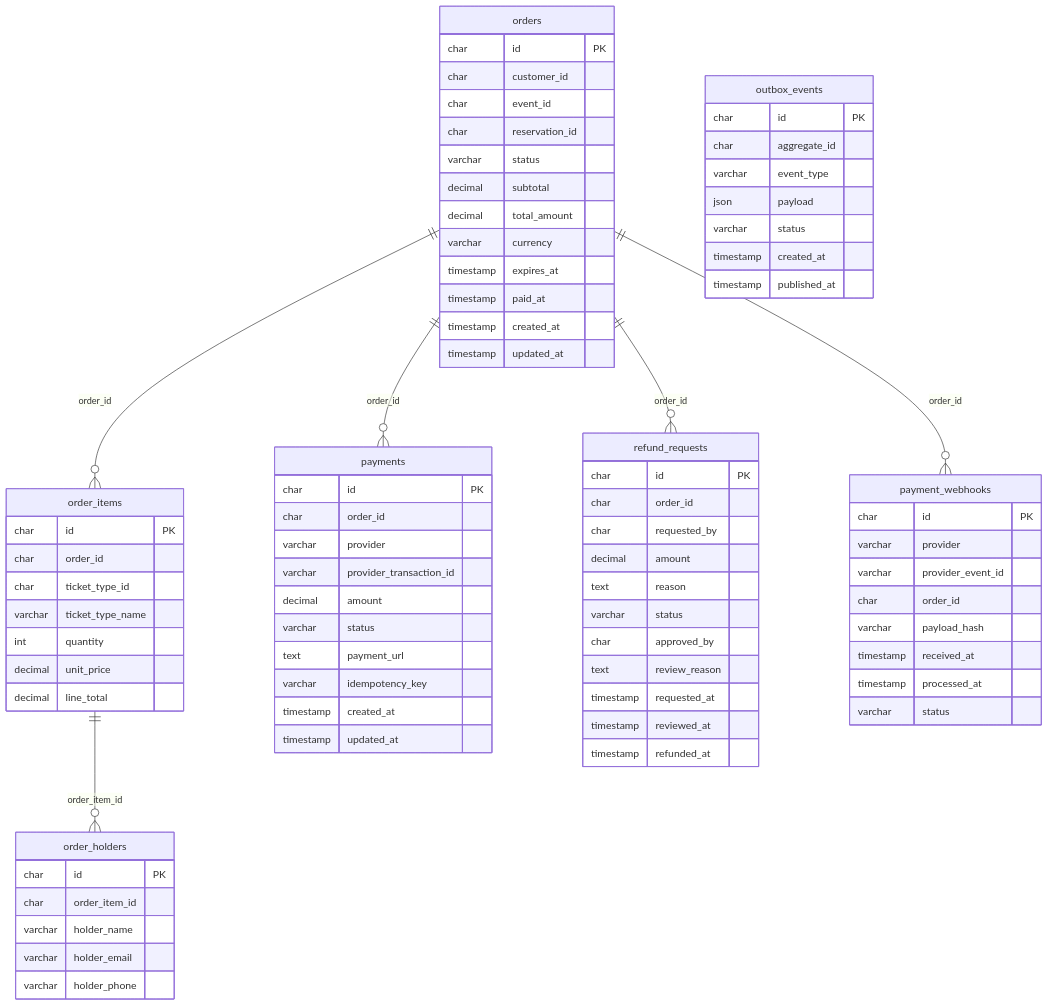
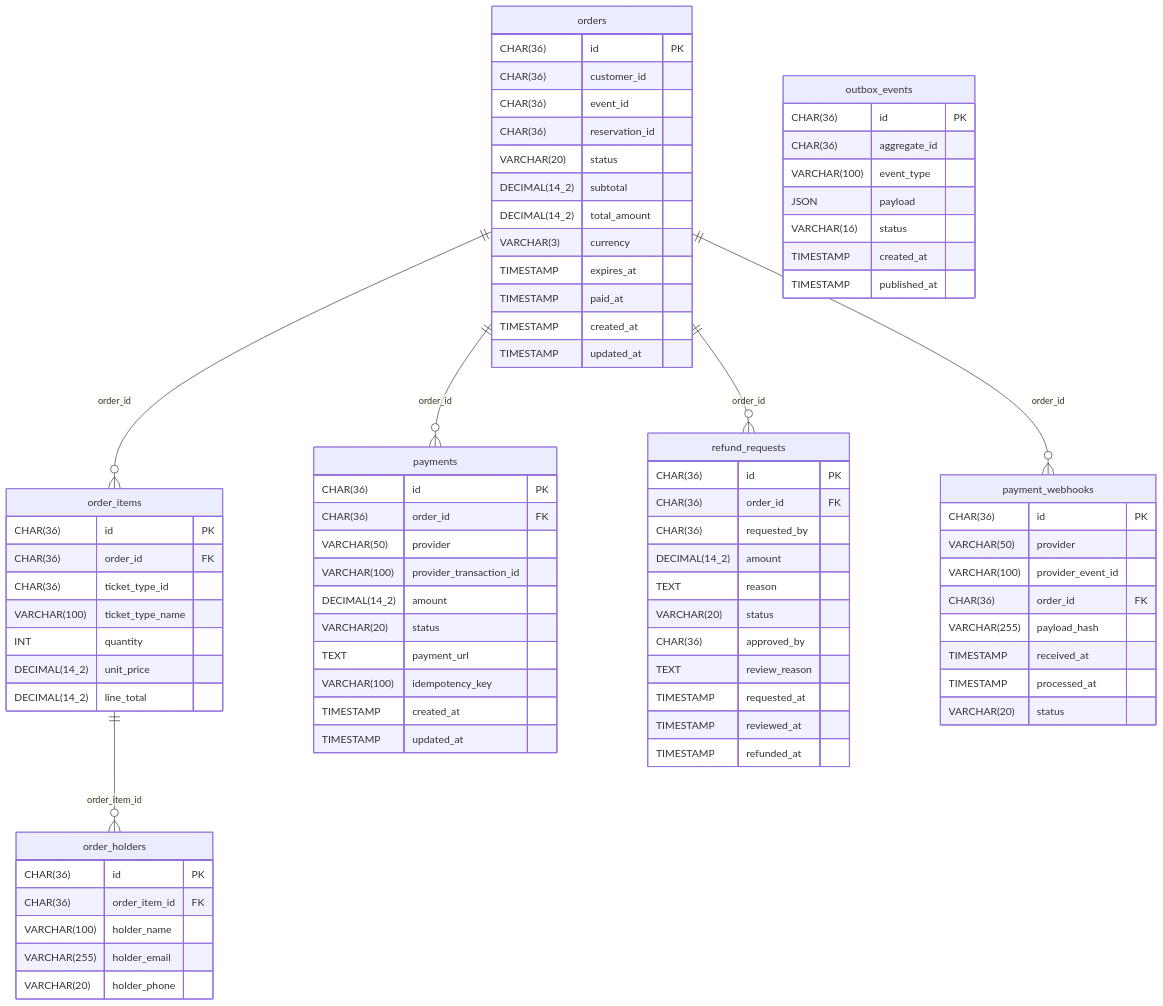
The diagram in docs/database/order-service/erd.md (duymk123/EventHub), drawn with Mermaid before and after one commit. The commit also changed other lines of this file and 28 other files, not shown here.

````diff
--- a/docs/database/order-service/erd.md
+++ b/docs/database/order-service/erd.md
@@ -5,82 +9,82 @@
 ```mermaid
 erDiagram
   orders ||--o{ order_items : order_id
   order_items ||--o{ order_holders : order_item_id
   orders ||--o{ payments : order_id
   orders ||--o{ refund_requests : order_id
   orders ||--o{ payment_webhooks : order_id
   orders {
-    char id PK
-    char customer_id
-    char event_id
-    char reservation_id
-    varchar status
-    decimal subtotal
-    decimal total_amount
-    varchar currency
-    timestamp expires_at
-    timestamp paid_at
-    timestamp created_at
-    timestamp updated_at
+    CHAR(36) id PK
+    CHAR(36) customer_id
+    CHAR(36) event_id
+    CHAR(36) reservation_id
+    VARCHAR(20) status
+    DECIMAL(14_2) subtotal
+    DECIMAL(14_2) total_amount
+    VARCHAR(3) currency
+    TIMESTAMP expires_at
+    TIMESTAMP paid_at
+    TIMESTAMP created_at
+    TIMESTAMP updated_at
   }
   order_items {
-    char id PK
-    char order_id
-    char ticket_type_id
-    varchar ticket_type_name
-    int quantity
-    decimal unit_price
-    decimal line_total
+    CHAR(36) id PK
+    CHAR(36) order_id FK
+    CHAR(36) ticket_type_id
+    VARCHAR(100) ticket_type_name
+    INT quantity
+    DECIMAL(14_2) unit_price
+    DECIMAL(14_2) line_total
   }
   order_holders {
-    char id PK
-    char order_item_id
-    varchar holder_name
-    varchar holder_email
-    varchar holder_phone
+    CHAR(36) id PK
+    CHAR(36) order_item_id FK
+    VARCHAR(100) holder_name
+    VARCHAR(255) holder_email
+    VARCHAR(20) holder_phone
   }
   payments {
-    char id PK
-    char order_id
-    varchar provider
-    varchar provider_transaction_id
-    decimal amount
-    varchar status
-    text payment_url
-    varchar idempotency_key
-    timestamp created_at
-    timestamp updated_at
+    CHAR(36) id PK
+    CHAR(36) order_id FK
+    VARCHAR(50) provider
+    VARCHAR(100) provider_transaction_id
+    DECIMAL(14_2) amount
+    VARCHAR(20) status
+    TEXT payment_url
+    VARCHAR(100) idempotency_key
+    TIMESTAMP created_at
+    TIMESTAMP updated_at
   }
   refund_requests {
-    char id PK
-    char order_id
-    char requested_by
-    decimal amount
-    text reason
-    varchar status
-    char approved_by
-    text review_reason
-    timestamp requested_at
-    timestamp reviewed_at
-    timestamp refunded_at
+    CHAR(36) id PK
+    CHAR(36) order_id FK
+    CHAR(36) requested_by
+    DECIMAL(14_2) amount
+    TEXT reason
+    VARCHAR(20) status
+    CHAR(36) approved_by
+    TEXT review_reason
+    TIMESTAMP requested_at
+    TIMESTAMP reviewed_at
+    TIMESTAMP refunded_at
   }
   payment_webhooks {
-    char id PK
-    varchar provider
-    varchar provider_event_id
-    char order_id
-    varchar payload_hash
-    timestamp received_at
-    timestamp processed_at
-    varchar status
+    CHAR(36) id PK
+    VARCHAR(50) provider
+    VARCHAR(100) provider_event_id
+    CHAR(36) order_id FK
+    VARCHAR(255) payload_hash
+    TIMESTAMP received_at
+    TIMESTAMP processed_at
+    VARCHAR(20) status
   }
   outbox_events {
-    char id PK
-    char aggregate_id
-    varchar event_type
-    json payload
-    varchar status
-    timestamp created_at
-    timestamp published_at
+    CHAR(36) id PK
+    CHAR(36) aggregate_id
+    VARCHAR(100) event_type
+    JSON payload
+    VARCHAR(16) status
+    TIMESTAMP created_at
+    TIMESTAMP published_at
   }
 ```
````
